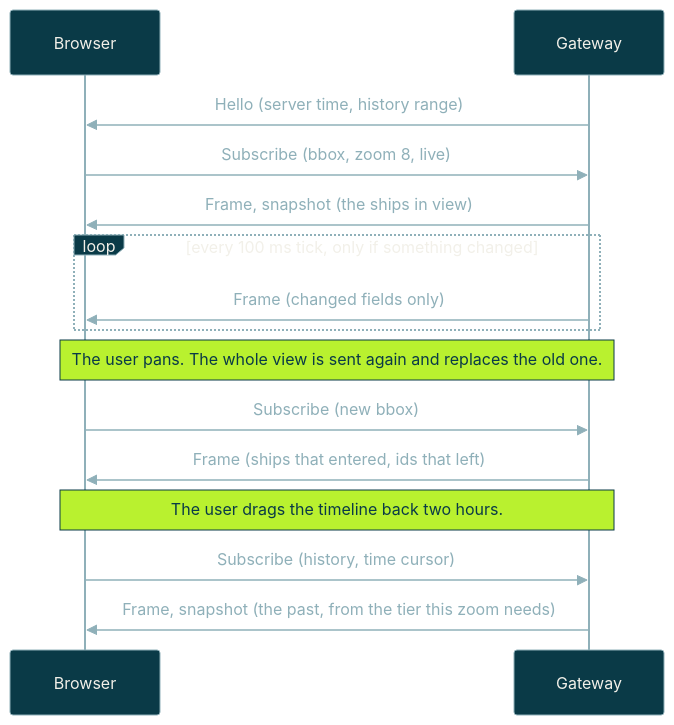
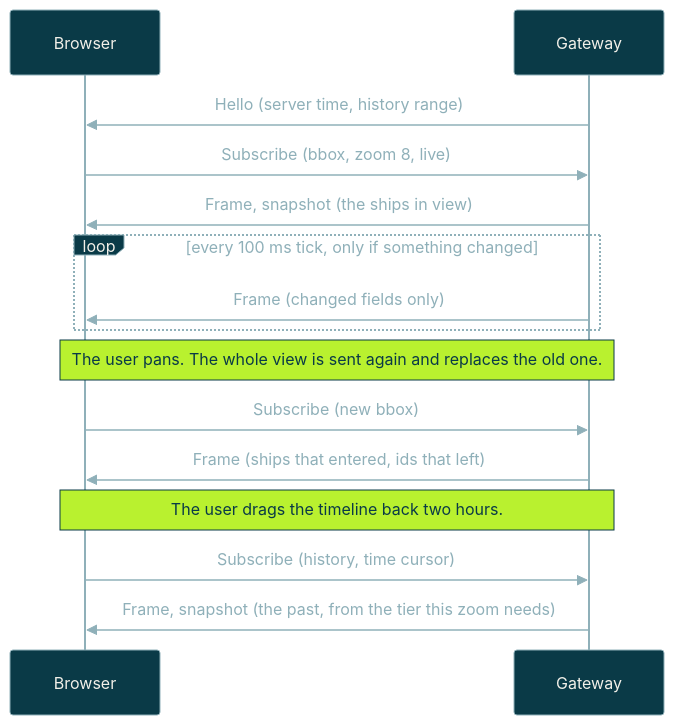
One commit to Jenil133/PortLink changed the second of 2 diagrams in README.md. Above: the diagram before and after it, drawn with Mermaid. The commit also changed other lines of this file, not shown here.

First line of the commit message:
Stack the architecture diagram so its text is readable

````diff
--- a/README.md
+++ b/README.md
@@ -106,18 +107,18 @@
 ```mermaid
-%%{init: {'theme':'base','themeVariables':{'primaryColor':'#0A3A47','primaryTextColor':'#F2F0E9','primaryBorderColor':'#8FB0B9','lineColor':'#8FB0B9','actorBkg':'#0A3A47','actorTextColor':'#F2F0E9','actorBorder':'#8FB0B9','signalColor':'#8FB0B9','signalTextColor':'#8FB0B9','noteBkgColor':'#B9F12F','noteTextColor':'#0A3A47','noteBorderColor':'#0A3A47'}}}%%
+%%{init: {'theme':'base','themeVariables':{'primaryColor':'#0A3A47','primaryTextColor':'#F2F0E9','primaryBorderColor':'#8FB0B9','lineColor':'#8FB0B9','actorBkg':'#0A3A47','actorTextColor':'#F2F0E9','actorBorder':'#8FB0B9','signalColor':'#8FB0B9','signalTextColor':'#8FB0B9','noteBkgColor':'#B9F12F','noteTextColor':'#0A3A47','noteBorderColor':'#0A3A47','loopTextColor':'#8FB0B9','labelBoxBkgColor':'#0A3A47','labelBoxBorderColor':'#8FB0B9','labelTextColor':'#F2F0E9'}}}%%
 sequenceDiagram
     participant B as Browser
     participant G as Gateway
     G->>B: Hello (server time, history range)
     B->>G: Subscribe (bbox, zoom 8, live)
     G->>B: Frame, snapshot (the ships in view)
     loop every 100 ms tick, only if something changed
         G->>B: Frame (changed fields only)
     end
     Note over B,G: The user pans. The whole view is sent again and replaces the old one.
     B->>G: Subscribe (new bbox)
     G->>B: Frame (ships that entered, ids that left)
     Note over B,G: The user drags the timeline back two hours.
     B->>G: Subscribe (history, time cursor)
     G->>B: Frame, snapshot (the past, from the tier this zoom needs)
 ```
````
